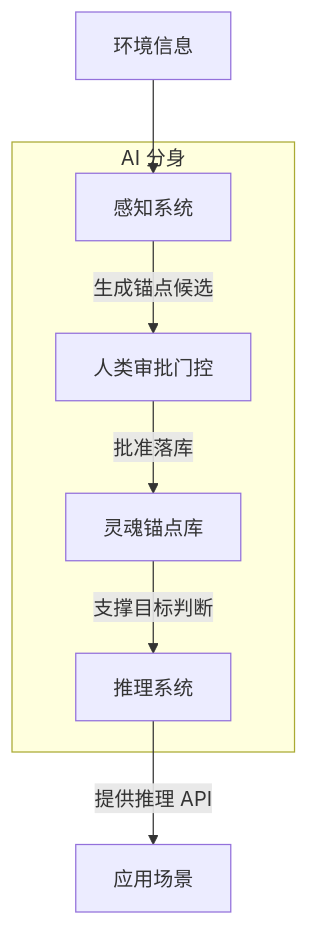
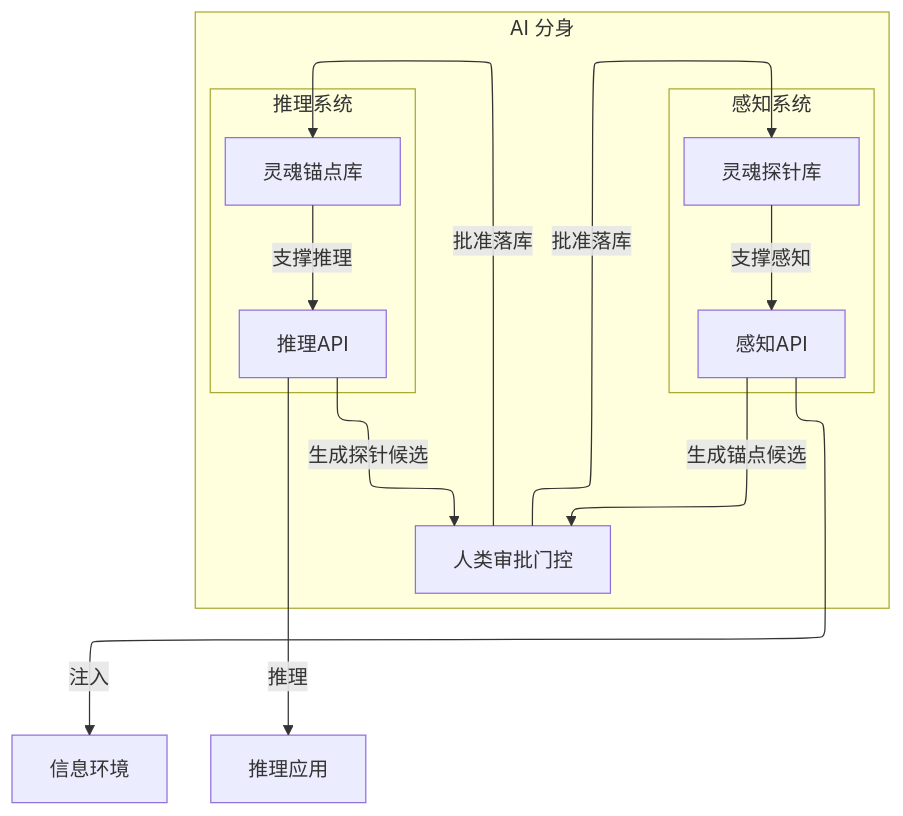
Before and after one commit to zccz14/ReMi: the first of 3 diagrams in README.md, drawn with Mermaid. The commit also changed other lines of this file, not shown here.

Commit message:
refactor: enhance soul anchor concept with soul probe and update flowchart

````diff
--- a/README.md
+++ b/README.md
@@ -26,16 +28,30 @@
 ```mermaid
-graph TD
+flowchart-elk TD
     subgraph AI 分身
-        A[感知系统]
         B[人类审批门控]
-        C[灵魂锚点库]
-        E[推理系统]
+
+        subgraph 感知系统
+            A[感知API]
+            F[灵魂探针库]
+        end
+
+        subgraph 推理系统
+            C[灵魂锚点库]
+            E[推理API]
+        end
+
+
+        E -->|生成探针候选| B
         A -->|生成锚点候选| B
-        B -->|批准落库| C
-        C -->|支撑目标判断| E
+        C -->|支撑推理| E
+        F -->|支撑感知| A
     end
+    B -->|批准落库| F
+    B -->|批准落库| C
 
-    I[环境信息] --> A
+    I[信息环境]
+    D[推理应用]
 
-    E -->|提供推理 API| D[应用场景]
+    A -->|注入| I
+    E -->|推理| D
 ```
````
